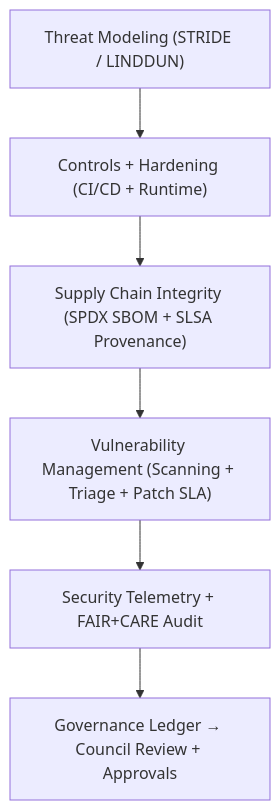
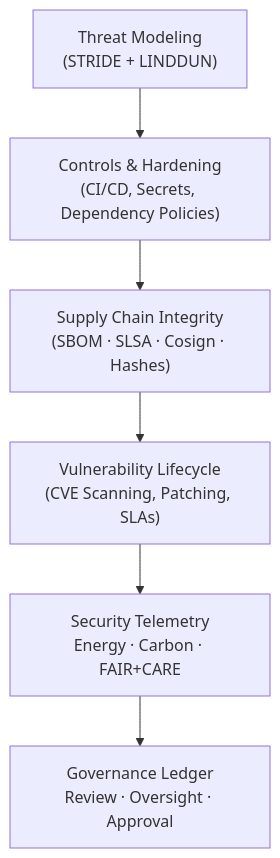
The diagram in docs/security/README.md (bartytime4life/Kansas-Frontier-Matrix), drawn with Mermaid before and after one commit. The commit also changed other lines of this file, not shown here.

````diff
--- a/docs/security/README.md
+++ b/docs/security/README.md
@@ -75,8 +153,9 @@
 ```mermaid
 flowchart TD
-  A["Threat Modeling (STRIDE / LINDDUN)"] --> B["Controls + Hardening (CI/CD + Runtime)"]
-  B --> C["Supply Chain Integrity (SPDX SBOM + SLSA Provenance)"]
-  C --> D["Vulnerability Management (Scanning + Triage + Patch SLA)"]
-  D --> E["Security Telemetry + FAIR+CARE Audit"]
-  E --> F["Governance Ledger → Council Review + Approvals"]
+  A["Threat Modeling\n(STRIDE + LINDDUN)"]
+    --> B["Controls & Hardening\n(CI/CD, Secrets, Dependency Policies)"]
+  B --> C["Supply Chain Integrity\n(SBOM · SLSA · Cosign · Hashes)"]
+  C --> D["Vulnerability Lifecycle\n(CVE Scanning, Patching, SLAs)"]
+  D --> E["Security Telemetry\nEnergy · Carbon · FAIR+CARE"]
+  E --> F["Governance Ledger\nReview · Oversight · Approval"]
 ```
````
